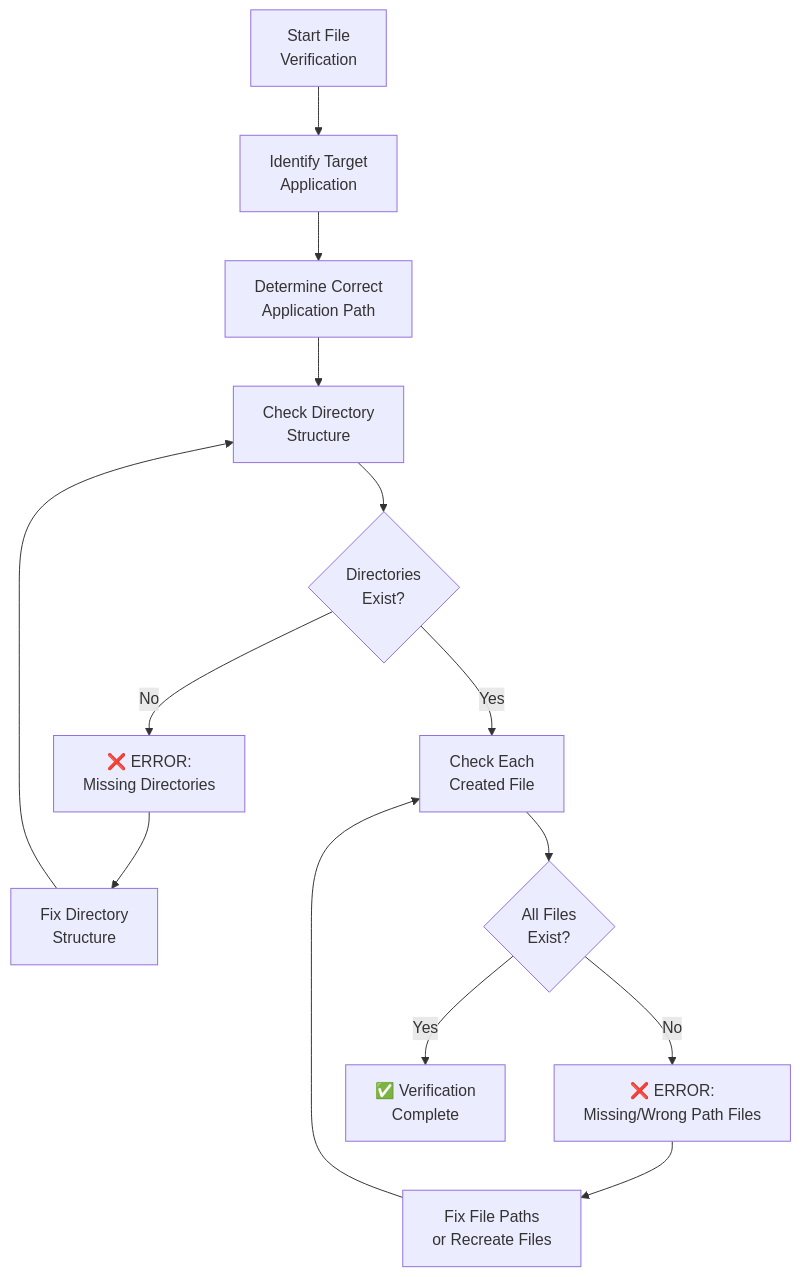
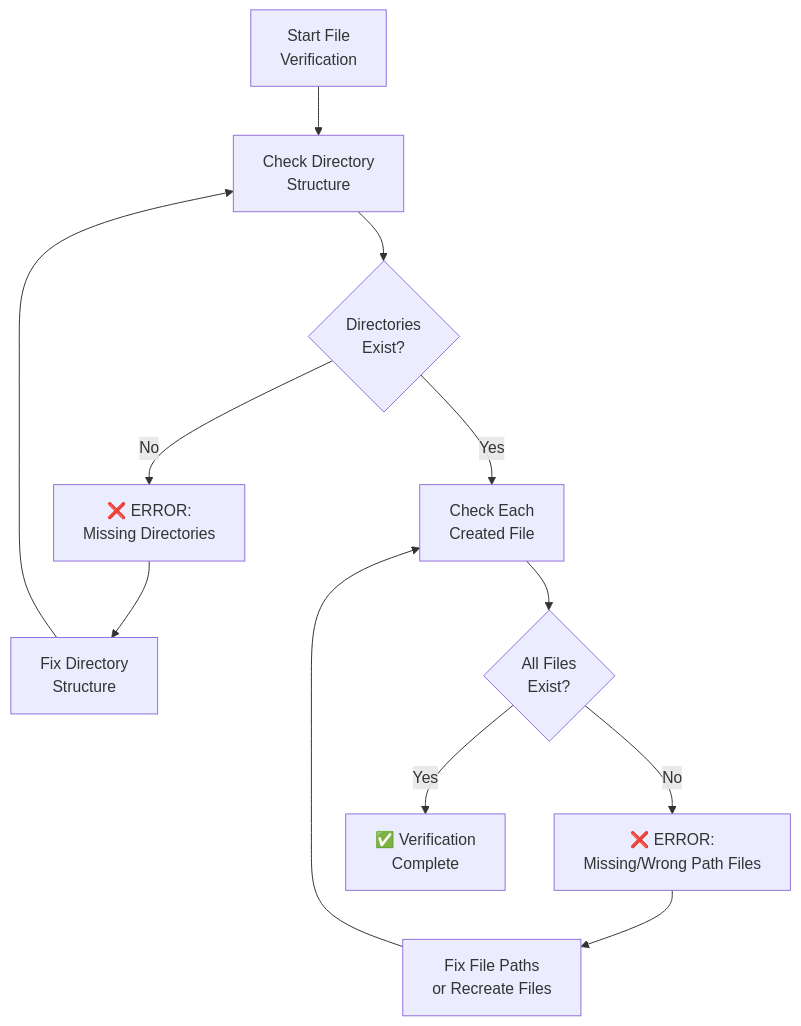
Before and after one commit to taddyorg/inkverse: the third of 5 diagrams in .cursor/rules/isolation_rules/visual-maps/implement-mode-map.mdc, drawn with Mermaid. The commit also changed other lines of this file and 19 other files, not shown here.

````diff
--- a/.cursor/rules/isolation_rules/visual-maps/implement-mode-map.mdc
+++ b/.cursor/rules/isolation_rules/visual-maps/implement-mode-map.mdc
@@ -135,20 +94,18 @@
 ```mermaid
 graph TD
-    Start["Start File<br>Verification"] --> TargetApp["Identify Target<br>Application"]
-    TargetApp --> AppPath["Determine Correct<br>Application Path"]
-    AppPath --> CheckDir["Check Directory<br>Structure"]
+    Start["Start File<br>Verification"] --> CheckDir["Check Directory<br>Structure"]
     CheckDir --> DirResult{"Directories<br>Exist?"}
     
     DirResult -->|"No"| ErrorDir["❌ ERROR:<br>Missing Directories"]
     DirResult -->|"Yes"| CheckFiles["Check Each<br>Created File"]
     
     ErrorDir --> FixDir["Fix Directory<br>Structure"]
     FixDir --> CheckDir
     
     CheckFiles --> FileResult{"All Files<br>Exist?"}
     FileResult -->|"No"| ErrorFile["❌ ERROR:<br>Missing/Wrong Path Files"]
     FileResult -->|"Yes"| Complete["✅ Verification<br>Complete"]
     
     ErrorFile --> FixFile["Fix File Paths<br>or Recreate Files"]
     FixFile --> CheckFiles
 ```
````
